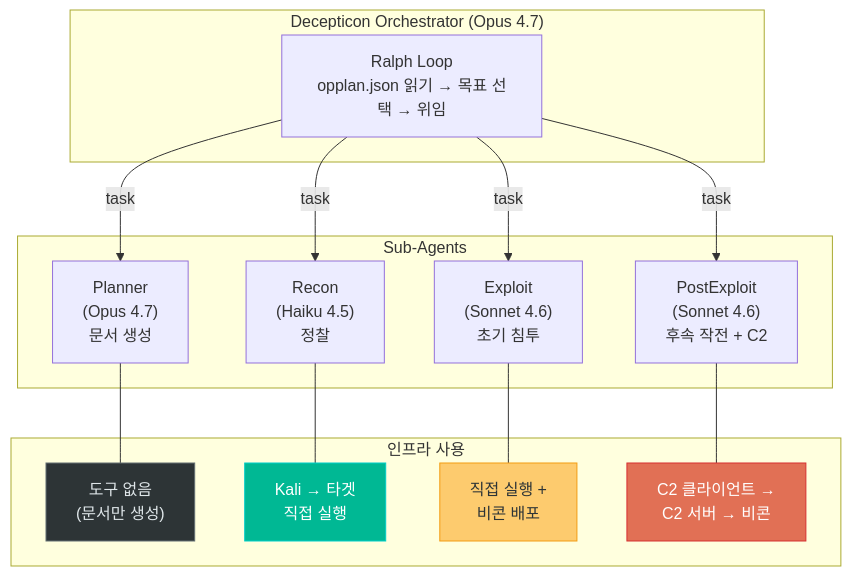
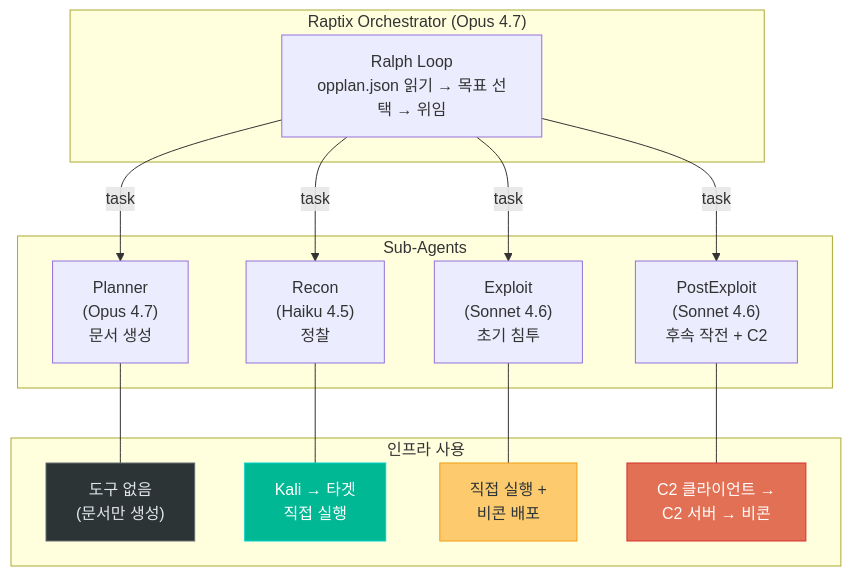
Before and after one commit to Akapi895/raptix: the fifth of 12 diagrams in docs/architecture/red-team-infrastructure.md, drawn with Mermaid. The commit also changed other lines of this file and 442 other files, not shown here.

````diff
--- a/docs/architecture/red-team-infrastructure.md
+++ b/docs/architecture/red-team-infrastructure.md
@@ -251,35 +251,35 @@
 ```mermaid
 graph TD
-    subgraph Orchestrator["Decepticon Orchestrator (Opus 4.7)"]
+    subgraph Orchestrator["Raptix Orchestrator (Opus 4.7)"]
         RALPH["Ralph Loop<br/>opplan.json 읽기 → 목표 선택 → 위임"]
     end
 
     subgraph Agents["Sub-Agents"]
         PLAN["Planner<br/>(Opus 4.7)<br/>문서 생성"]
         RECON["Recon<br/>(Haiku 4.5)<br/>정찰"]
         EXPLOIT["Exploit<br/>(Sonnet 4.6)<br/>초기 침투"]
         POST["PostExploit<br/>(Sonnet 4.6)<br/>후속 작전 + C2"]
     end
 
     RALPH -->|task| PLAN
     RALPH -->|task| RECON
     RALPH -->|task| EXPLOIT
     RALPH -->|task| POST
 
     subgraph Infra["인프라 사용"]
         NONE["도구 없음<br/>(문서만 생성)"]
         DIRECT["Kali → 타겟<br/>직접 실행"]
         HYBRID["직접 실행 +<br/>비콘 배포"]
         BEACON["C2 클라이언트 →<br/>C2 서버 → 비콘"]
     end
 
     PLAN --- NONE
     RECON --- DIRECT
     EXPLOIT --- HYBRID
     POST --- BEACON
 
     style NONE fill:#2d3436,stroke:#636e72,color:#dfe6e9
     style DIRECT fill:#00b894,stroke:#00cec9,color:#fff
     style HYBRID fill:#fdcb6e,stroke:#f39c12,color:#2d3436
     style BEACON fill:#e17055,stroke:#d63031,color:#fff
 ```
````
